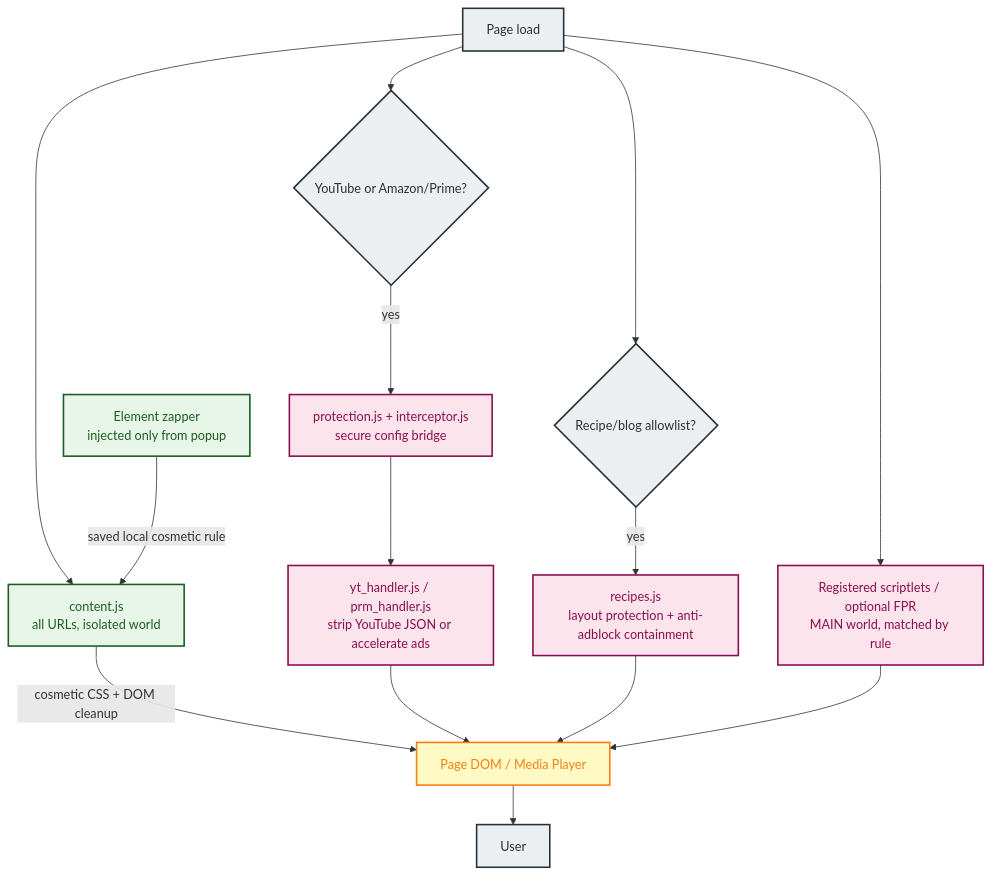
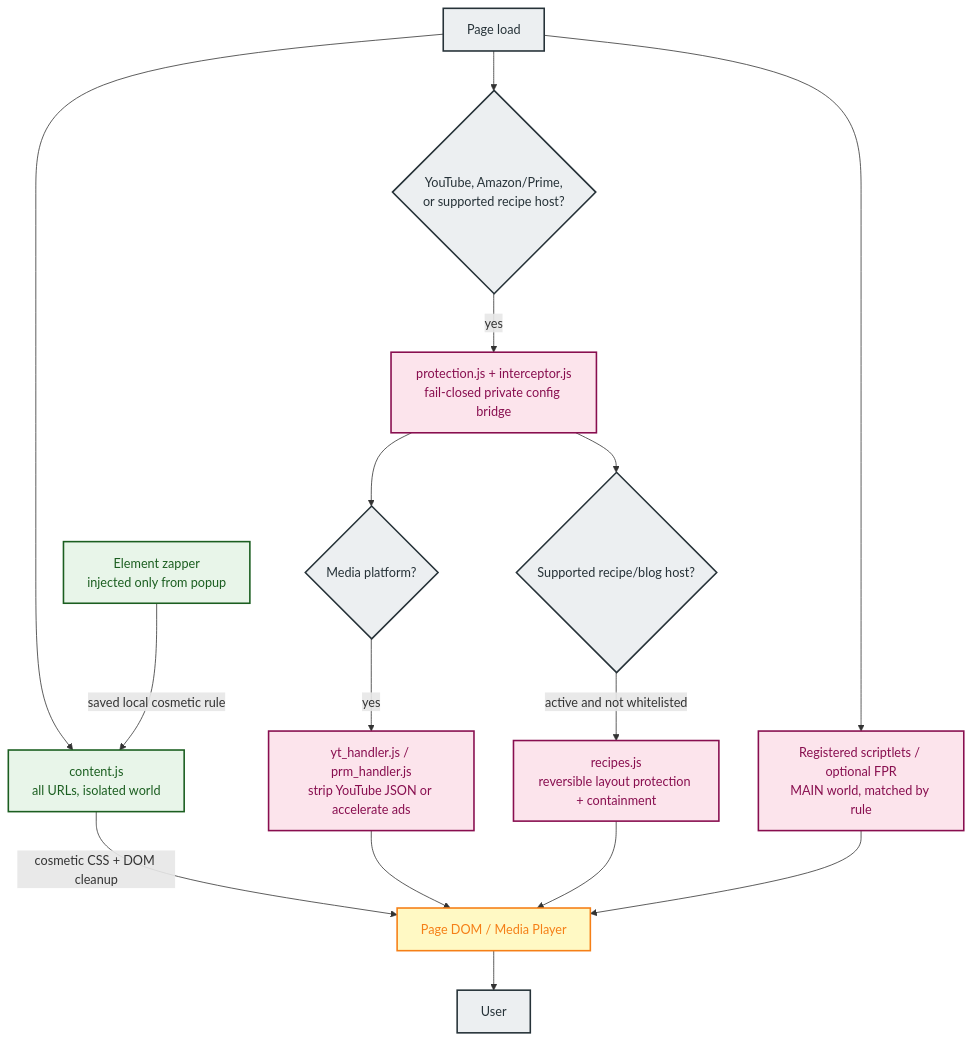
Before and after one commit to Dabrogost/Chroma-Ad-Blocker: the first of 2 diagrams in docs/ARCHITECTURE.md, drawn with Mermaid. The commit also changed other lines of this file and 18 other files, not shown here.

````diff
--- a/docs/ARCHITECTURE.md
+++ b/docs/ARCHITECTURE.md
@@ -17,30 +17,31 @@
 ```mermaid
 graph TD
     classDef ext fill:#e8f5e9,color:#1b5e20,stroke:#1b5e20,stroke-width:2px
     classDef main fill:#fce4ec,color:#880e4f,stroke:#880e4f,stroke-width:2px
     classDef page fill:#fff9c4,color:#f57f17,stroke:#f57f17,stroke-width:2px
     classDef actor fill:#eceff1,color:#263238,stroke:#263238,stroke-width:2px
 
     LOAD["Page load"]:::actor
     PAGE["Page DOM / Media Player"]:::page
     USER["User"]:::actor
 
     LOAD --> CONTENT["content.js<br/>all URLs, isolated world"]:::ext
     CONTENT -->|"cosmetic CSS + DOM cleanup"| PAGE
 
-    LOAD --> MEDIA{"YouTube or Amazon/Prime?"}:::actor
-    MEDIA -->|"yes"| BRIDGE["protection.js + interceptor.js<br/>secure config bridge"]:::main
-    BRIDGE --> HANDLERS["yt_handler.js / prm_handler.js<br/>strip YouTube JSON or accelerate ads"]:::main
+    LOAD --> BRIDGEHOST{"YouTube, Amazon/Prime,<br/>or supported recipe host?"}:::actor
+    BRIDGEHOST -->|"yes"| BRIDGE["protection.js + interceptor.js<br/>fail-closed private config bridge"]:::main
+    BRIDGE --> MEDIA{"Media platform?"}:::actor
+    MEDIA -->|"yes"| HANDLERS["yt_handler.js / prm_handler.js<br/>strip YouTube JSON or accelerate ads"]:::main
     HANDLERS --> PAGE
 
-    LOAD --> RECIPES{"Recipe/blog allowlist?"}:::actor
-    RECIPES -->|"yes"| RECIPE["recipes.js<br/>layout protection + anti-adblock containment"]:::main
+    BRIDGE --> RECIPES{"Supported recipe/blog host?"}:::actor
+    RECIPES -->|"active and not whitelisted"| RECIPE["recipes.js<br/>reversible layout protection + containment"]:::main
     RECIPE --> PAGE
 
     LOAD --> SCRIPTLETS["Registered scriptlets / optional FPR<br/>MAIN world, matched by rule"]:::main
     SCRIPTLETS --> PAGE
 
     ZAP["Element zapper<br/>injected only from popup"]:::ext -->|"saved local cosmetic rule"| CONTENT
 
     PAGE --> USER
 ```
````
